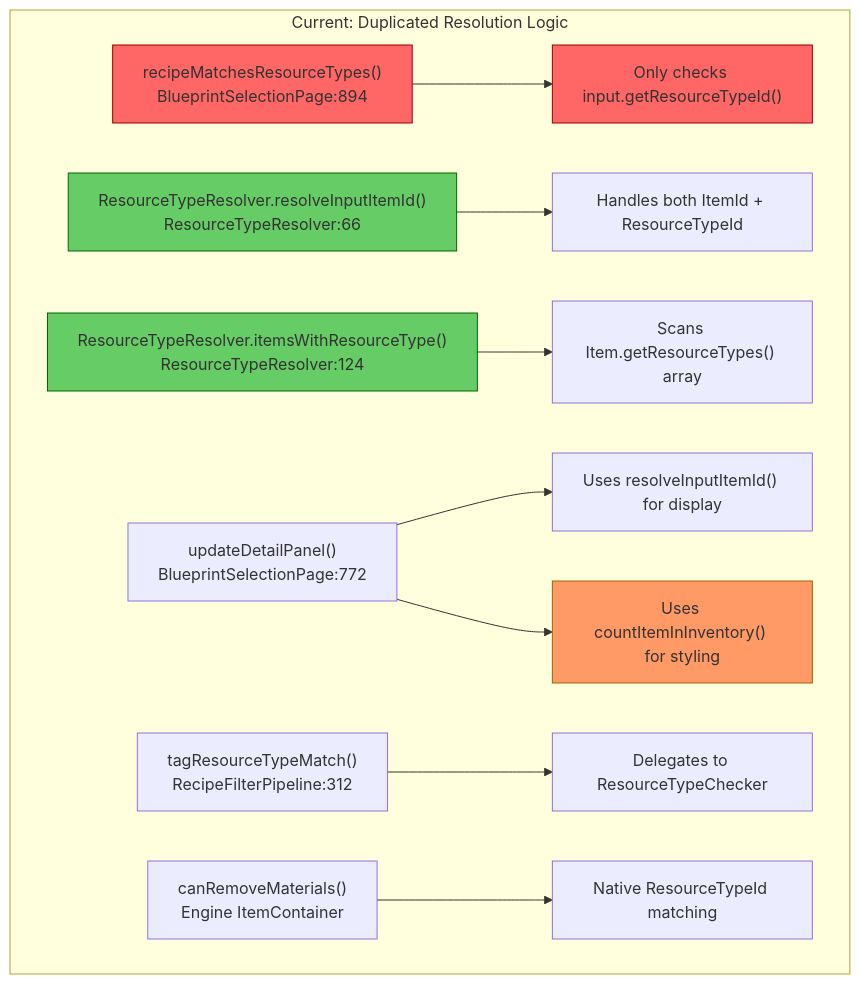
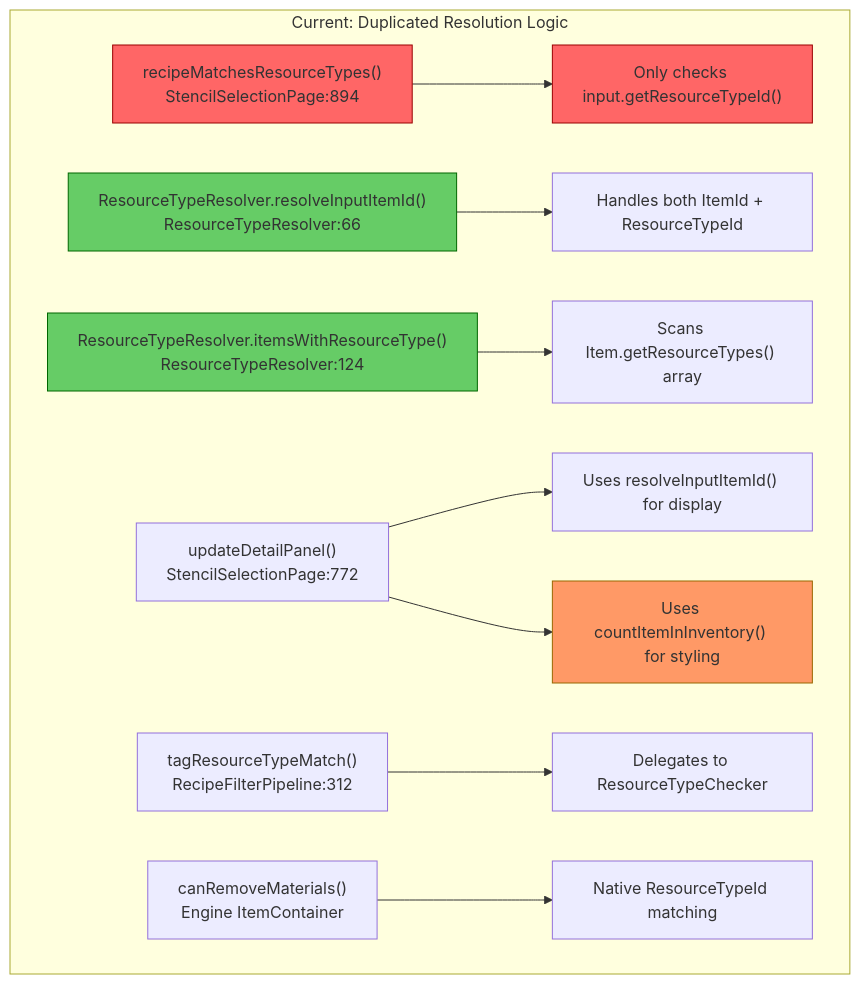
One commit to TheCodeCreature/Hytale-Example-Plugin changed the third of 4 diagrams in docs/review-resource-type-matching-bugs.md. Above: the diagram before and after it, drawn with Mermaid. The commit also changed other lines of this file and 289 other files, not shown here.

````diff
--- a/docs/review-resource-type-matching-bugs.md
+++ b/docs/review-resource-type-matching-bugs.md
@@ -143,37 +143,37 @@
 ```mermaid
 graph TB
     subgraph "Current: Duplicated Resolution Logic"
-        A1["recipeMatchesResourceTypes()<br/>BlueprintSelectionPage:894"]
+        A1["recipeMatchesResourceTypes()<br/>StencilSelectionPage:894"]
         A2["Only checks input.getResourceTypeId()"]
 
         B1["ResourceTypeResolver.resolveInputItemId()<br/>ResourceTypeResolver:66"]
         B2["Handles both ItemId + ResourceTypeId"]
 
         C1["ResourceTypeResolver.itemsWithResourceType()<br/>ResourceTypeResolver:124"]
         C2["Scans Item.getResourceTypes() array"]
 
-        D1["updateDetailPanel()<br/>BlueprintSelectionPage:772"]
+        D1["updateDetailPanel()<br/>StencilSelectionPage:772"]
         D2["Uses resolveInputItemId() for display"]
         D3["Uses countItemInInventory() for styling"]
 
         E1["tagResourceTypeMatch()<br/>RecipeFilterPipeline:312"]
         E2["Delegates to ResourceTypeChecker"]
 
         F1["canRemoveMaterials()<br/>Engine ItemContainer"]
         F2["Native ResourceTypeId matching"]
     end
 
     A1 --> A2
     B1 --> B2
     C1 --> C2
     D1 --> D2
     D1 --> D3
     E1 --> E2
     F1 --> F2
 
     style A1 fill:#f66,stroke:#900
     style A2 fill:#f66,stroke:#900
     style D3 fill:#f96,stroke:#960
     style B1 fill:#6c6,stroke:#060
     style C1 fill:#6c6,stroke:#060
 ```
````
